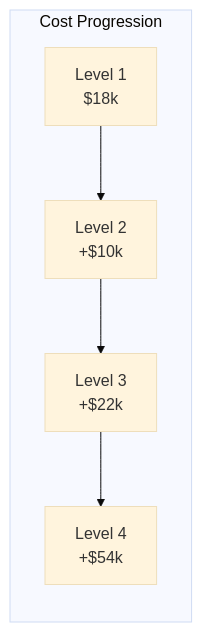
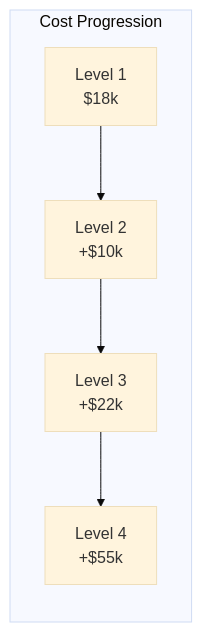
One commit to jnarwell/drip changed the diagram in docs/system/levels.md. Above: the diagram before and after it, drawn with Mermaid (base theme). The commit also changed other lines of this file and 11 other files, not shown here.

````diff
--- a/docs/system/levels.md
+++ b/docs/system/levels.md
@@ -128,8 +128,8 @@
 ```mermaid
 graph LR
     subgraph "Cost Progression"
         L1[Level 1<br/>$18k] --> L2[Level 2<br/>+$10k]
         L2 --> L3[Level 3<br/>+$22k]
-        L3 --> L4[Level 4<br/>+$54k]
+        L3 --> L4[Level 4<br/>+$55k]
     end
 ```
````
